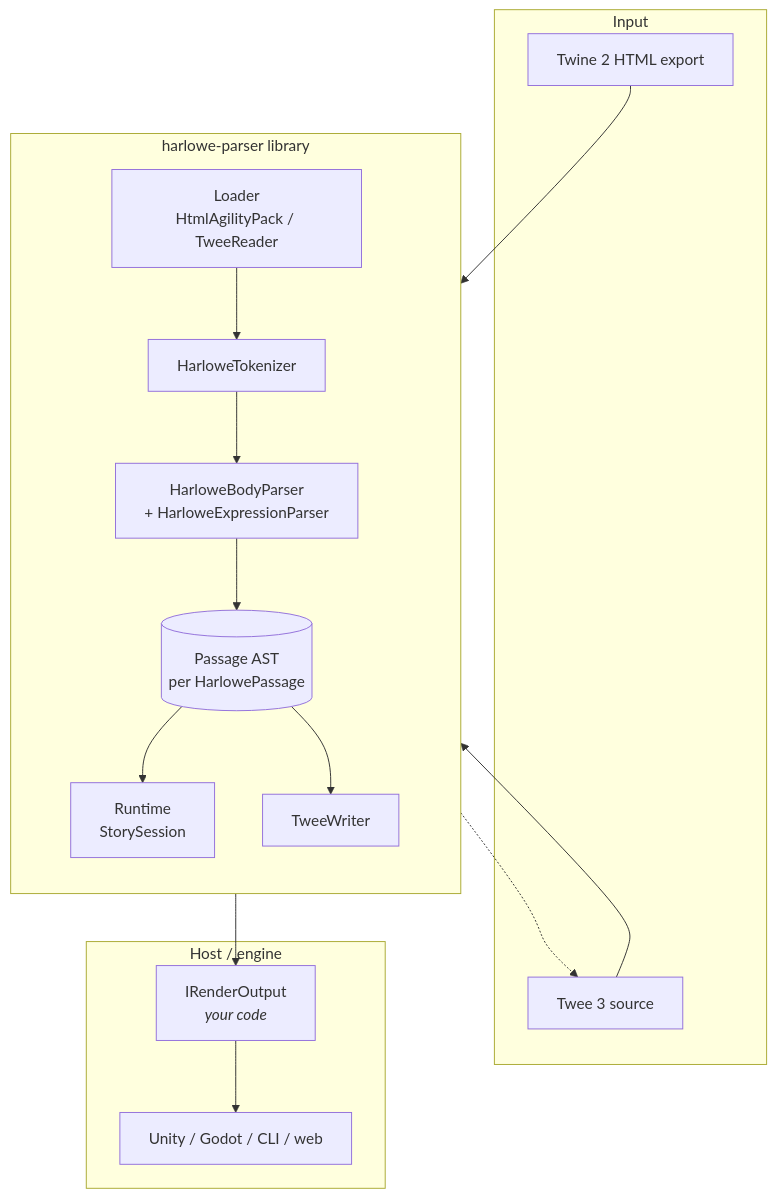
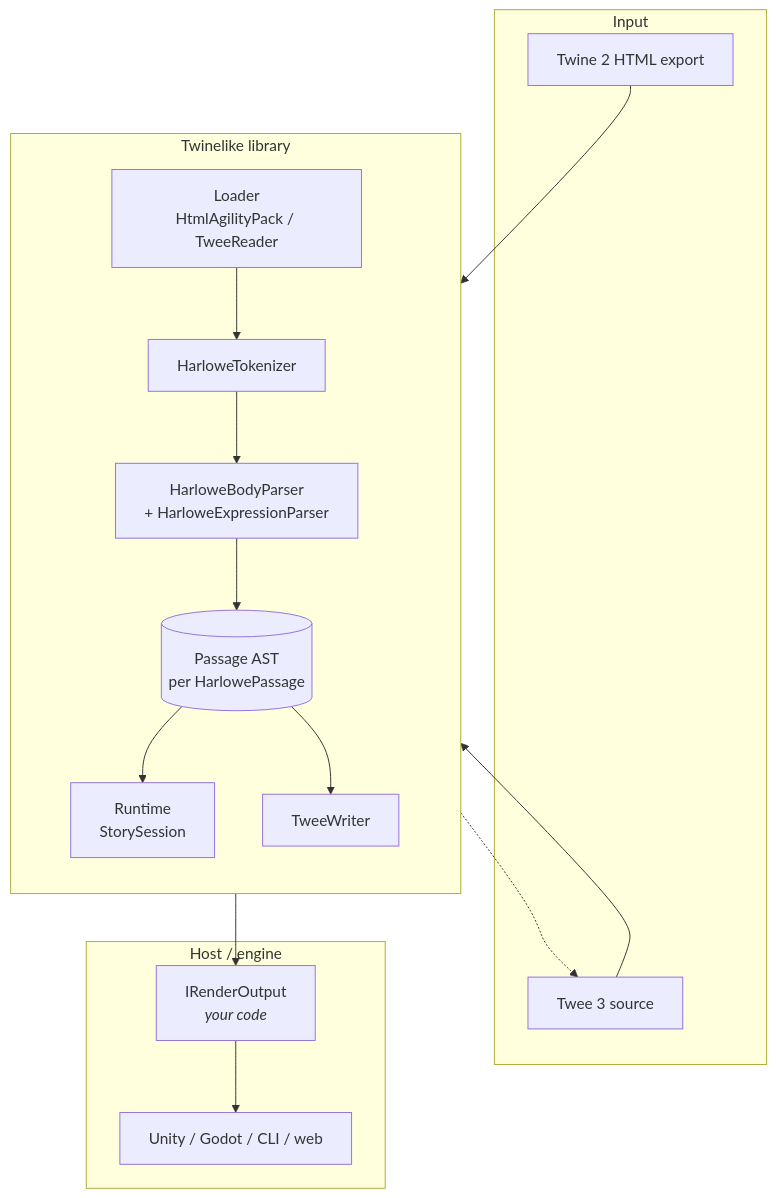
Before and after one commit to RaheelYawar/twinelike: the first of 6 diagrams in ARCHITECTURE.md, drawn with Mermaid. The commit also changed 7 other files, not shown here.

Commit message:
Renamed `harlowe-parser` project to `Twinelike` across solution files, documentation, and references.

````diff
--- a/ARCHITECTURE.md
+++ b/ARCHITECTURE.md
@@ -11,28 +11,28 @@
 ```mermaid
 flowchart TB
   subgraph in[Input]
     HTML[Twine 2 HTML export]
     TWEE[Twee 3 source]
   end
 
-  subgraph lib[harlowe-parser library]
+  subgraph lib[Twinelike library]
     direction TB
     LOAD[Loader<br/>HtmlAgilityPack / TweeReader]
     TOK[HarloweTokenizer]
     PAR[HarloweBodyParser<br/>+ HarloweExpressionParser]
     AST[(Passage AST<br/>per HarlowePassage)]
     RT[Runtime<br/>StorySession]
     WRITE[TweeWriter]
   end
 
   subgraph host[Host / engine]
     ADAPTER[IRenderOutput<br/><i>your code</i>]
     ENGINE[Unity / Godot / CLI / web]
   end
 
   HTML --> LOAD
   TWEE --> LOAD
   LOAD --> TOK --> PAR --> AST --> RT
   RT --> ADAPTER --> ENGINE
   AST --> WRITE -.-> TWEE
 ```
````
